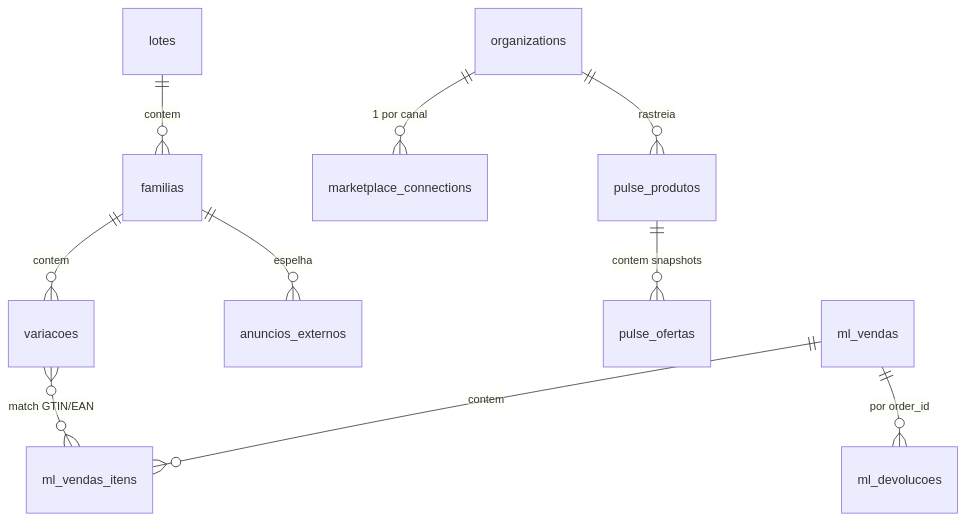
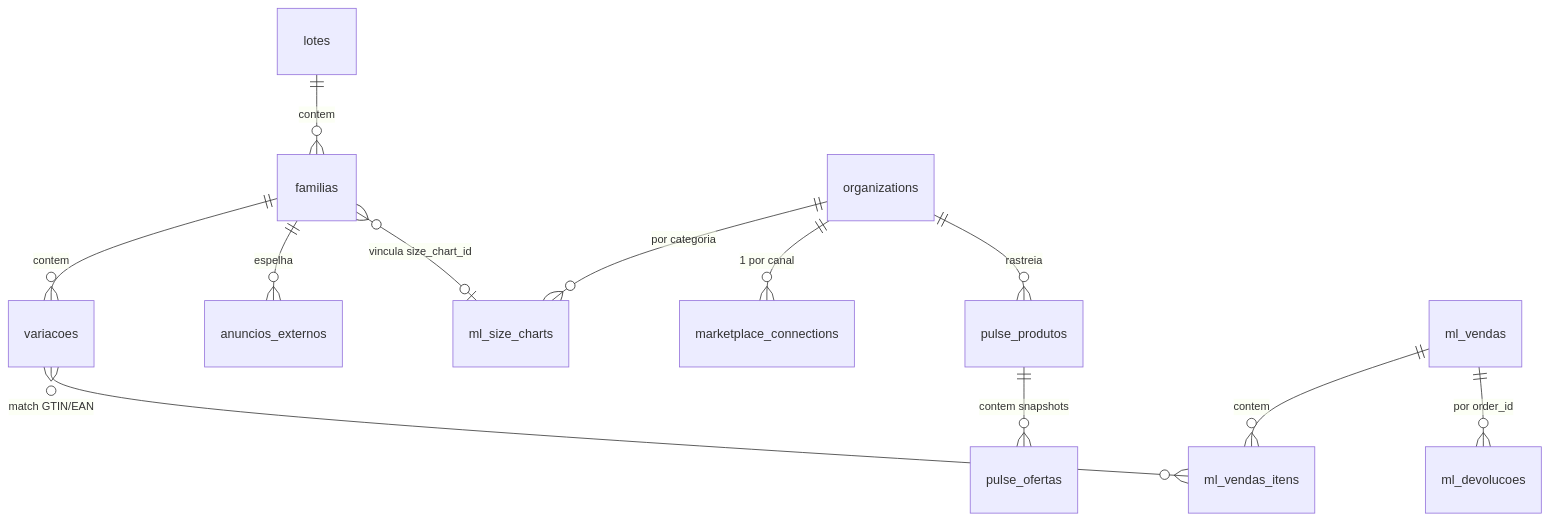
Before and after one commit to analistasistemas-bit/gtinmktplace: the diagram in obsidian-vault/01-Arquitetura/Banco de Dados.md, drawn with Mermaid. The commit also changed other lines of this file and 36 other files, not shown here.

````diff
--- a/obsidian-vault/01-Arquitetura/Banco de Dados.md
+++ b/obsidian-vault/01-Arquitetura/Banco de Dados.md
@@ -22,12 +22,14 @@
 ```mermaid
 erDiagram
     lotes ||--o{ familias : contem
     familias ||--o{ variacoes : contem
     familias ||--o{ anuncios_externos : espelha
+    organizations ||--o{ ml_size_charts : "por categoria"
+    familias }o--o| ml_size_charts : "vincula size_chart_id"
     organizations ||--o{ marketplace_connections : "1 por canal"
     organizations ||--o{ pulse_produtos : "rastreia"
     pulse_produtos ||--o{ pulse_ofertas : "contem snapshots"
     ml_vendas ||--o{ ml_vendas_itens : contem
     ml_vendas ||--o{ ml_devolucoes : "por order_id"
     variacoes }o--o{ ml_vendas_itens : "match GTIN/EAN"
 ```
````
